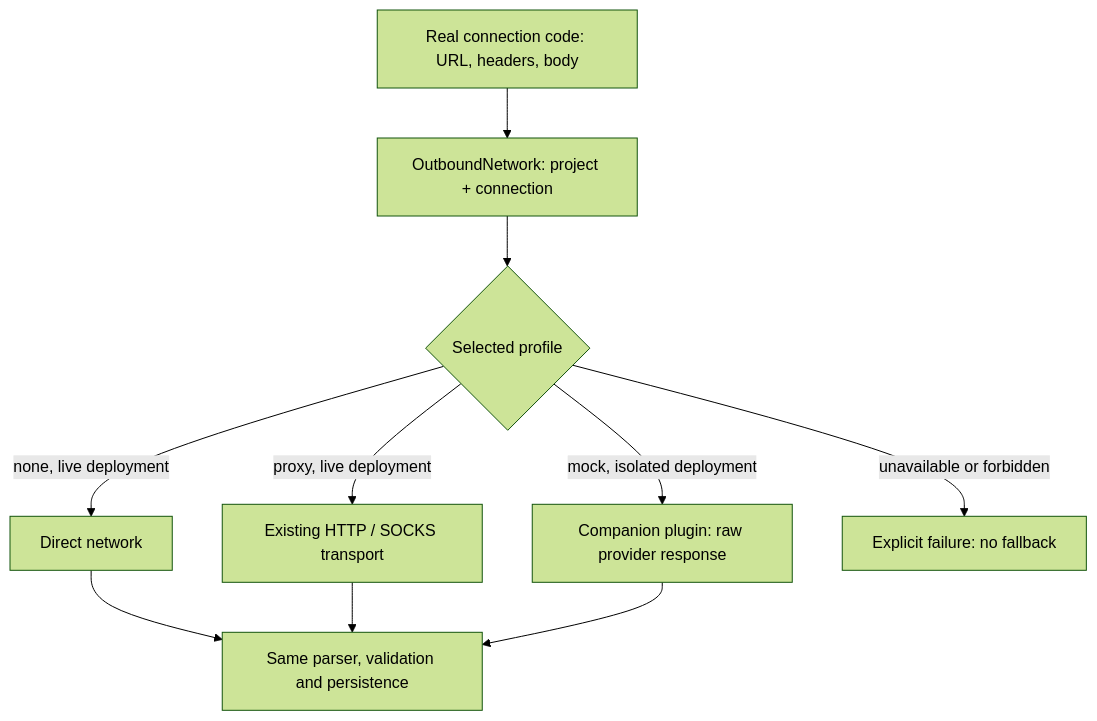
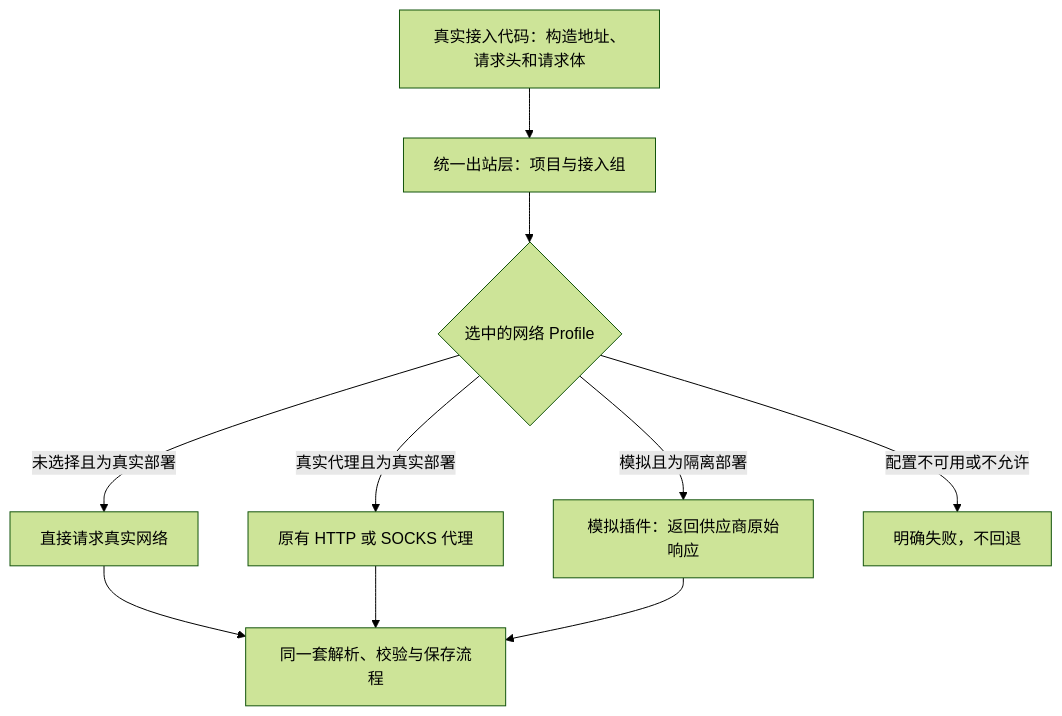
The diagram in docs/NETWORK-PROFILES.md (nocobase/NocoReach), drawn with Mermaid (forest theme) before and after one commit. The commit also changed other lines of this file and 16 other files, not shown here.

Commit message:
fix: isolate source clocks and mixed chat retention by network profile

````diff
--- a/docs/NETWORK-PROFILES.md
+++ b/docs/NETWORK-PROFILES.md
@@ -19,12 +19,12 @@
 ```mermaid
 flowchart TD
-  A[Real connection code: URL, headers, body] --> B[OutboundNetwork: project + connection]
-  B --> C{Selected profile}
-  C -->|none, live deployment| D[Direct network]
-  C -->|proxy, live deployment| E[Existing HTTP / SOCKS transport]
-  C -->|mock, isolated deployment| F[Companion plugin: raw provider response]
-  C -->|unavailable or forbidden| X[Explicit failure: no fallback]
-  D --> G[Same parser, validation and persistence]
+  A[真实接入代码：构造地址、请求头和请求体] --> B[统一出站层：项目与接入组]
+  B --> C{选中的网络 Profile}
+  C -->|未选择且为真实部署| D[直接请求真实网络]
+  C -->|真实代理且为真实部署| E[原有 HTTP 或 SOCKS 代理]
+  C -->|模拟且为隔离部署| F[模拟插件：返回供应商原始响应]
+  C -->|配置不可用或不允许| X[明确失败，不回退]
+  D --> G[同一套解析、校验与保存流程]
   E --> G
   F --> G
 ```
````
